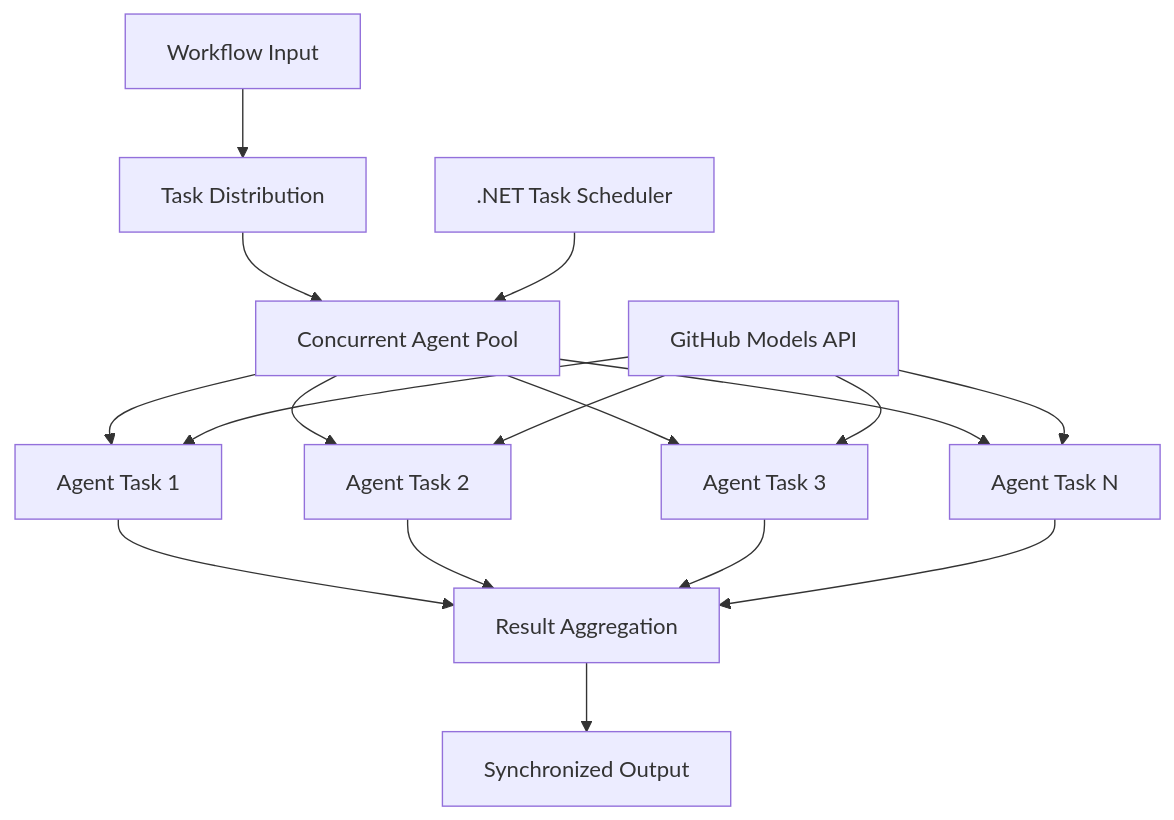
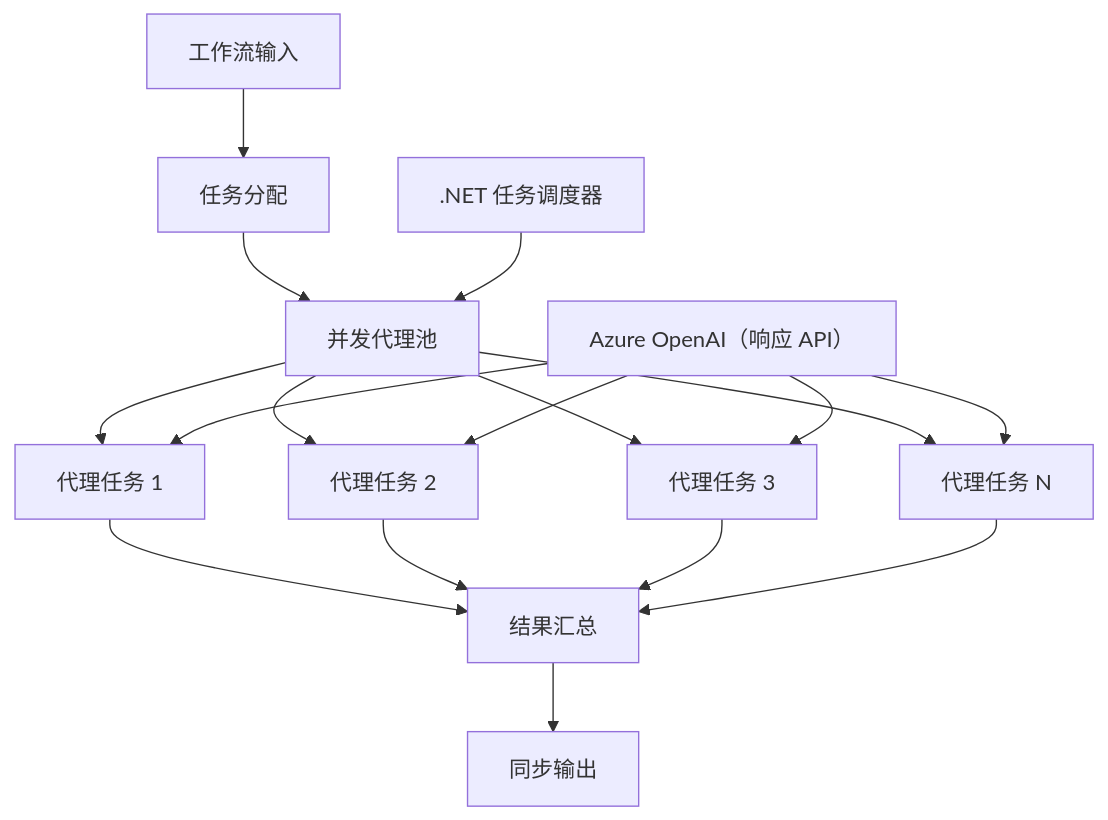
One commit to venturemavenwill/azureaifundamentals changed the diagram in translations/zh-CN/08-multi-agent/code_samples/workflows-agent-framework/dotNET/03.dotnet-agent-framework-workflow-ghmodel-concurrent.md. Above: the diagram before and after it, drawn with Mermaid. The commit also changed other lines of this file and 4861 other files, not shown here.

````diff
--- a/translations/zh-CN/08-multi-agent/code_samples/workflows-agent-framework/dotNET/03.dotnet-agent-framework-workflow-ghmodel-concurrent.md
+++ b/translations/zh-CN/08-multi-agent/code_samples/workflows-agent-framework/dotNET/03.dotnet-agent-framework-workflow-ghmodel-concurrent.md
@@ -71,23 +69,23 @@
 ```mermaid
 graph TD
-    A[Workflow Input] --> B[Task Distribution]
-    B --> C[Concurrent Agent Pool]
-    C --> D[Agent Task 1]
-    C --> E[Agent Task 2]
-    C --> F[Agent Task 3]
-    C --> G[Agent Task N]
+    A[工作流输入] --> B[任务分配]
+    B --> C[并发代理池]
+    C --> D[代理任务 1]
+    C --> E[代理任务 2]
+    C --> F[代理任务 3]
+    C --> G[代理任务 N]
     
-    D --> H[Result Aggregation]
+    D --> H[结果汇总]
     E --> H
     F --> H
     G --> H
     
-    H --> I[Synchronized Output]
+    H --> I[同步输出]
     
-    J[GitHub Models API] --> D
+    J[Azure OpenAI（响应 API）] --> D
     J --> E
     J --> F
     J --> G
     
-    K[.NET Task Scheduler] --> C
+    K[.NET 任务调度器] --> C
 ```
````
